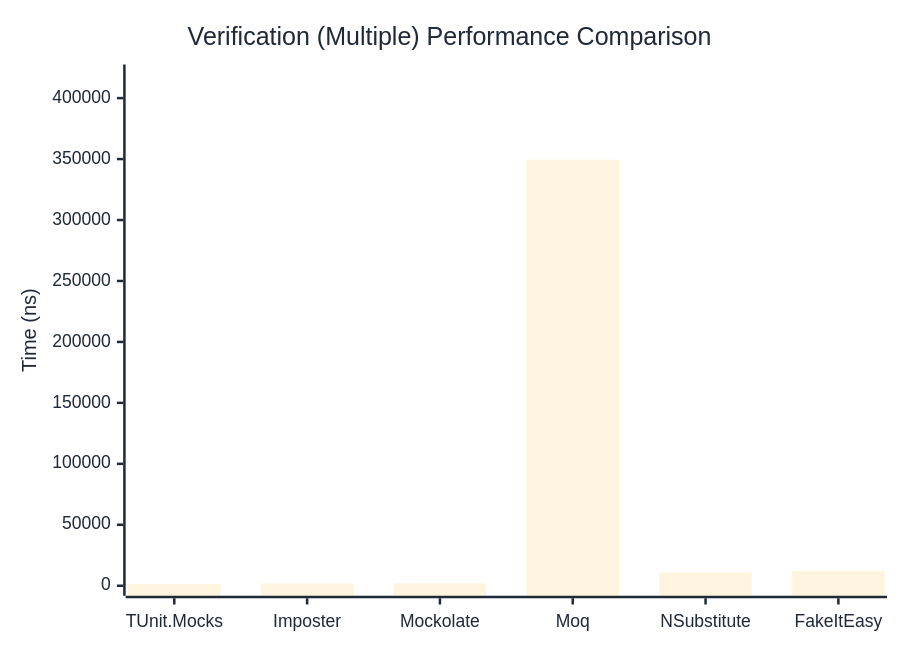
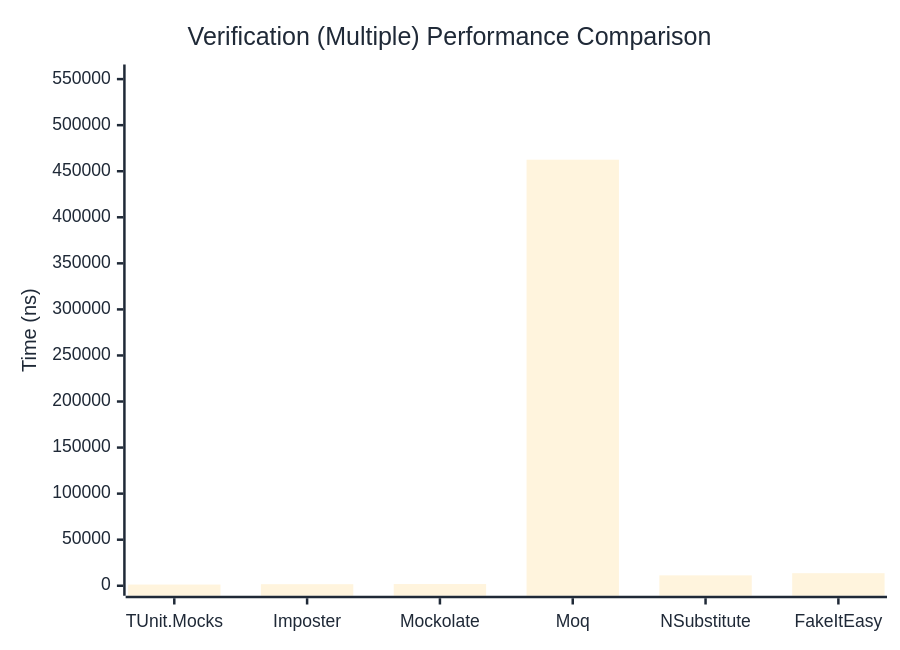
The third of 3 diagrams in docs/docs/benchmarks/mocks/Verification.md (thomhurst/TUnit), drawn with Mermaid before and after one commit. The commit also changed other lines of this file and 14 other files, not shown here.

````diff
--- a/docs/docs/benchmarks/mocks/Verification.md
+++ b/docs/docs/benchmarks/mocks/Verification.md
@@ -110,27 +110,27 @@
 ```mermaid
 %%{init: {
   'theme':'base',
   'themeVariables': {
     'primaryColor': '#2563eb',
     'primaryTextColor': '#1f2937',
     'primaryBorderColor': '#1e40af',
     'lineColor': '#6b7280',
     'secondaryColor': '#7c3aed',
     'tertiaryColor': '#dc2626',
     'background': '#ffffff',
     'pie1': '#2563eb',
     'pie2': '#7c3aed',
     'pie3': '#dc2626',
     'pie4': '#f59e0b',
     'pie5': '#10b981',
     'pie6': '#06b6d4',
     'pie7': '#ec4899',
     'pie8': '#6366f1'
   }
 }}%%
 xychart-beta
   title "Verification (Multiple) Performance Comparison"
   x-axis ["TUnit.Mocks", "Imposter", "Mockolate", "Moq", "NSubstitute", "FakeItEasy"]
-  y-axis "Time (ns)" 0 --> 419369
-  bar [1473.82, 1851.19, 2013.09, 349473.92, 10913.23, 12223.21]
+  y-axis "Time (ns)" 0 --> 554999
+  bar [1277.83, 1678.68, 1852.45, 462498.45, 11280.27, 13635.65]
 ```
````
